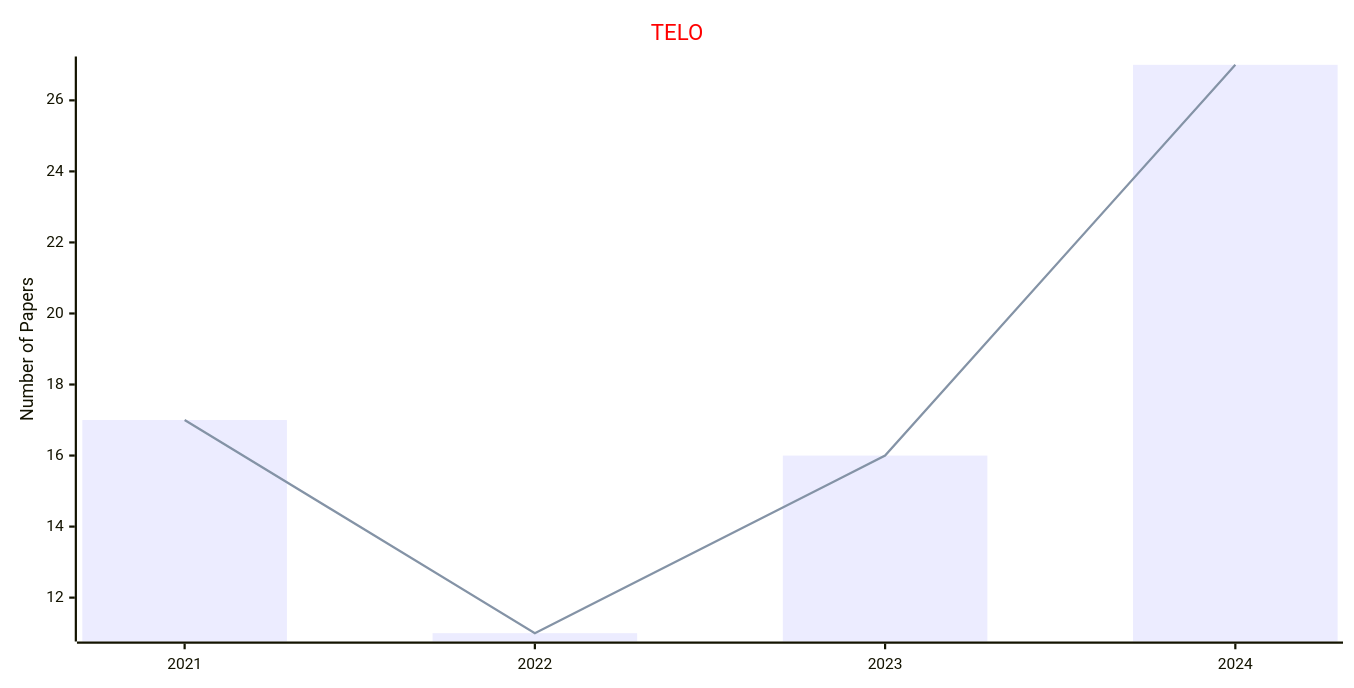
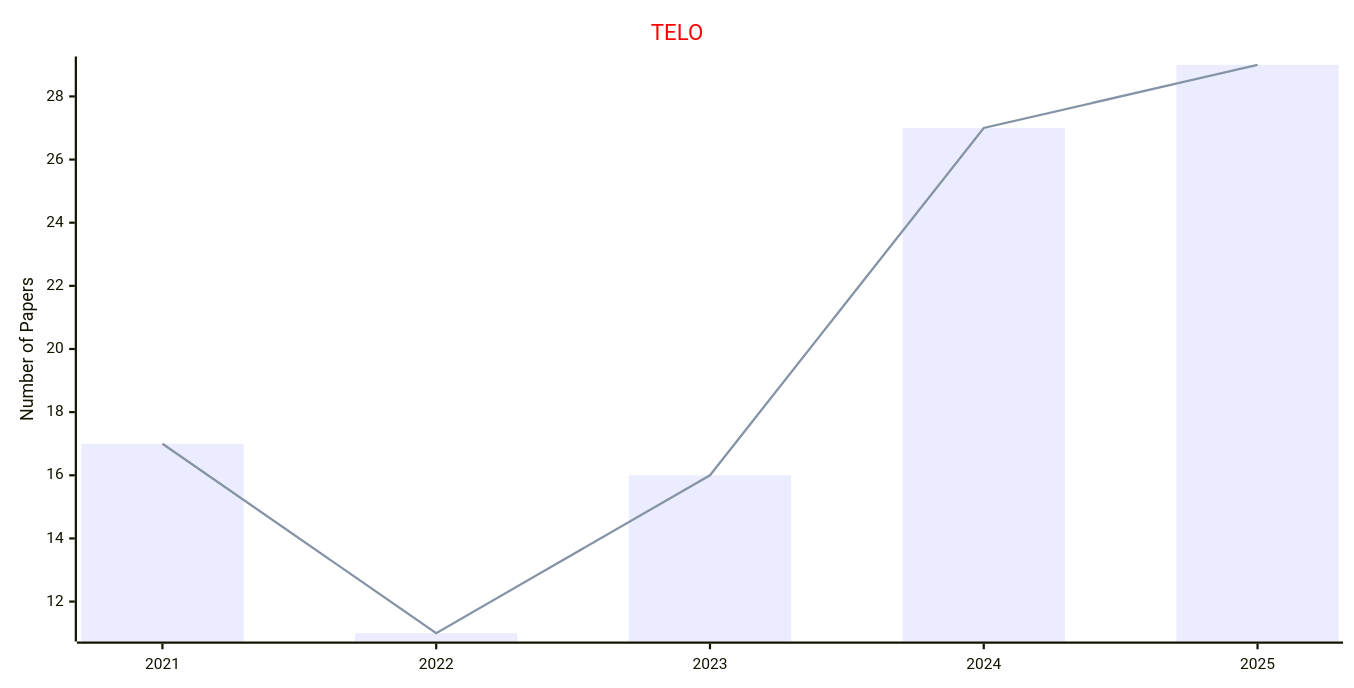
One commit to Easy-PhD/AILinks changed the first of 10 diagrams in docs/data/Journals/Statistics_Journals/Machine_Learning.md. Above: the diagram before and after it, drawn with Mermaid. The commit also changed other lines of this file and 93 other files, not shown here.

````diff
--- a/docs/data/Journals/Statistics_Journals/Machine_Learning.md
+++ b/docs/data/Journals/Statistics_Journals/Machine_Learning.md
@@ -9,17 +9,17 @@
 ```mermaid
 ---
 config:
     xyChart:
         width: 1200
         height: 600
     themeVariables:
         xyChart:
             titleColor: "#ff0000"
 ---
 xychart-beta
     title "TELO"
-    x-axis [2021, 2022, 2023, 2024]
+    x-axis [2021, 2022, 2023, 2024, 2025]
     y-axis "Number of Papers"
-    bar [17, 11, 16, 27]
-    line [17, 11, 16, 27]
+    bar [17, 11, 16, 27, 29]
+    line [17, 11, 16, 27, 29]
 ```
````
